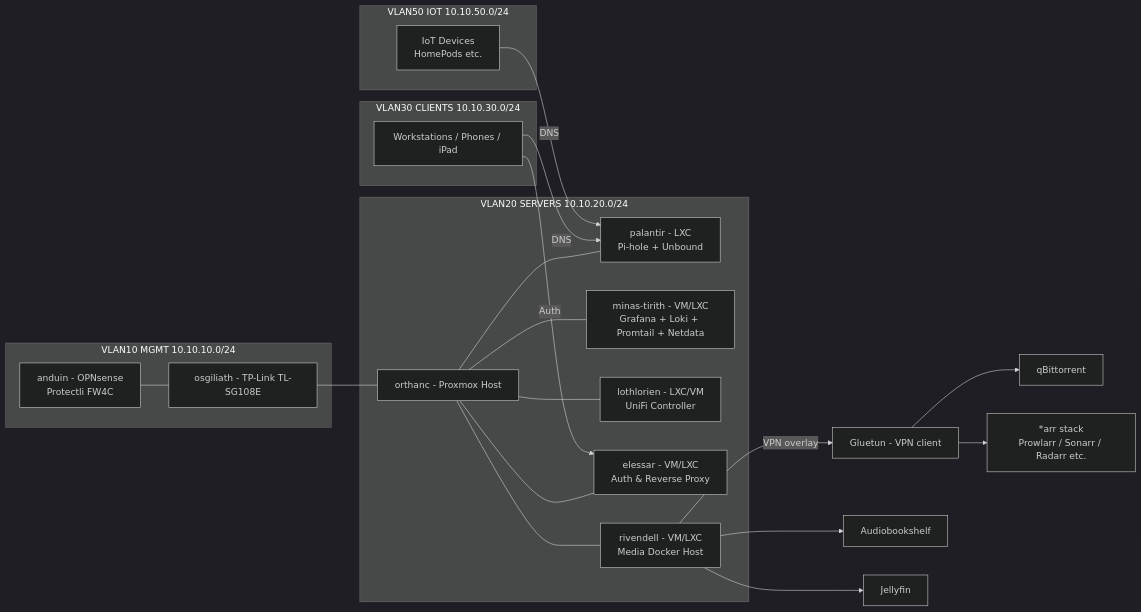
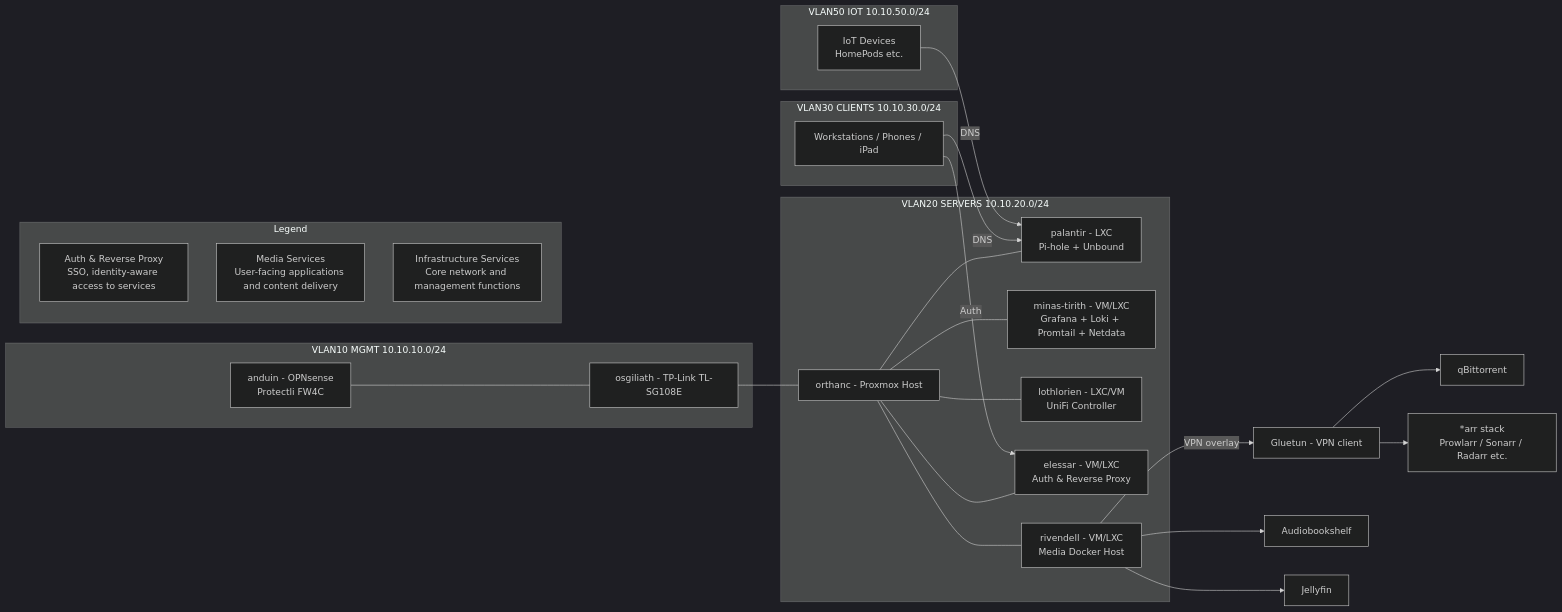
One commit to APMurtha/homelab-operations changed the diagram in diagrams/service-placement.mmd. Above: the diagram before and after it, drawn with Mermaid (dark theme). The commit also changed 1 other file, not shown here.

Commit message:
diagrams: add legend explaining core service roles

```diff
--- a/diagrams/service-placement.mmd
+++ b/diagrams/service-placement.mmd
@@ -1,40 +1,47 @@
 flowchart LR
   subgraph vlan10["VLAN10 MGMT 10.10.10.0/24"]
     opn[anduin - OPNsense<br/>Protectli FW4C]
     sw[osgiliath - TP-Link TL-SG108E]
   end
 
   subgraph vlan20["VLAN20 SERVERS 10.10.20.0/24"]
     pve[orthanc - Proxmox Host]
     pal[palantir - LXC<br/>Pi-hole + Unbound]
     minas[minas-tirith - VM/LXC<br/>Grafana + Loki + Promtail + Netdata]
     loth[lothlorien - LXC/VM<br/>UniFi Controller]
     auth[elessar - VM/LXC<br/>Auth & Reverse Proxy]
     riv[rivendell - VM/LXC<br/>Media Docker Host]
   end
 
   subgraph vlan30["VLAN30 CLIENTS 10.10.30.0/24"]
     clients[Workstations / Phones / iPad]
   end
 
   subgraph vlan50["VLAN50 IOT 10.10.50.0/24"]
     iot[IoT Devices<br/>HomePods etc.]
   end
 
   opn --- sw
   sw --- pve
   pve --- pal
   pve --- minas
   pve --- loth
   pve --- riv
   pve --- auth
 
   clients -->|DNS| pal
   clients -->|Auth| auth
   iot -->|DNS| pal
 
   riv -->|VPN overlay| gluetun[Gluetun - VPN client]
   gluetun --> qb[qBittorrent]
   gluetun --> arrs[*arr stack<br/>Prowlarr / Sonarr / Radarr etc.]
   riv --> abs[Audiobookshelf]
   riv --> jf[Jellyfin]
+
+  %% Legend
+  subgraph legend["Legend"]
+    lg_auth[Auth & Reverse Proxy<br/>SSO, identity-aware access to services]
+    lg_media[Media Services<br/>User-facing applications and content delivery]
+    lg_infra[Infrastructure Services<br/>Core network and management functions]
+  end
```
